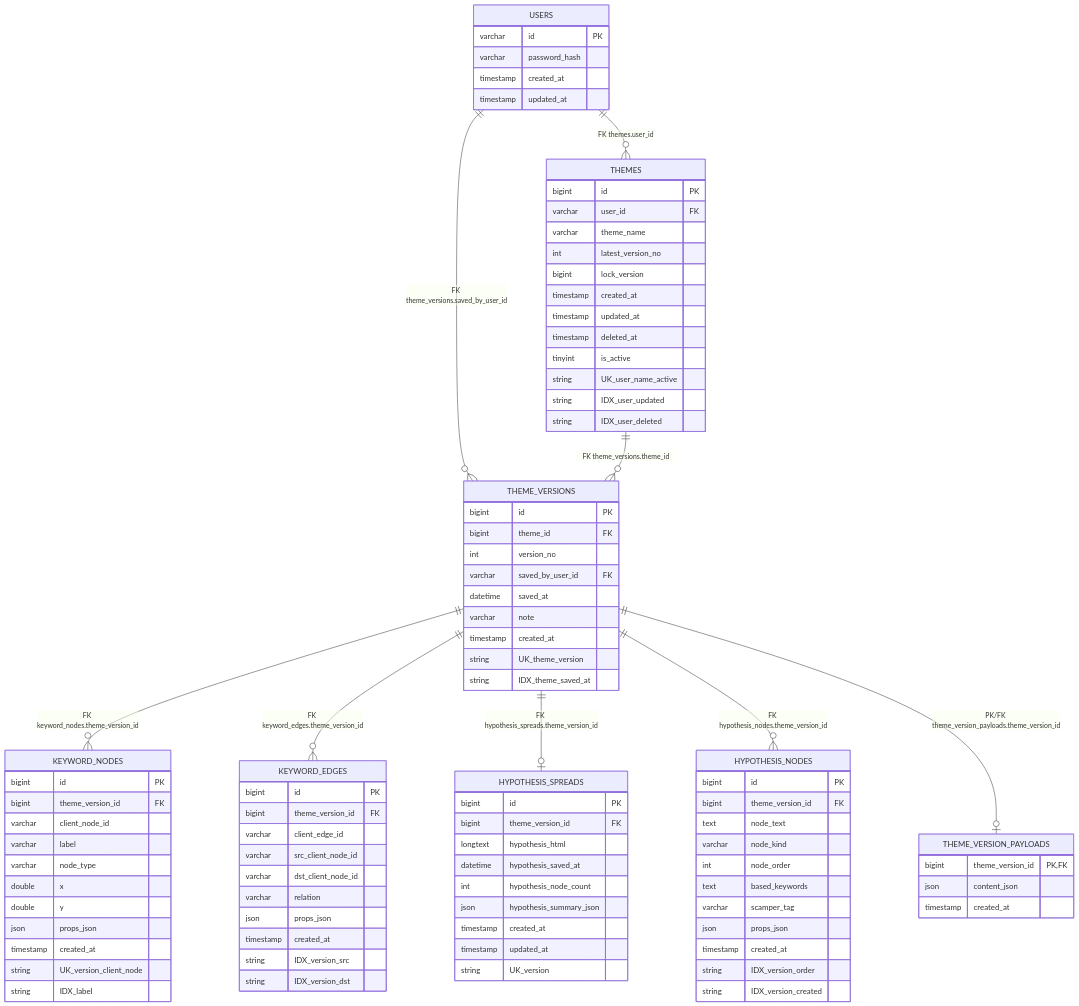
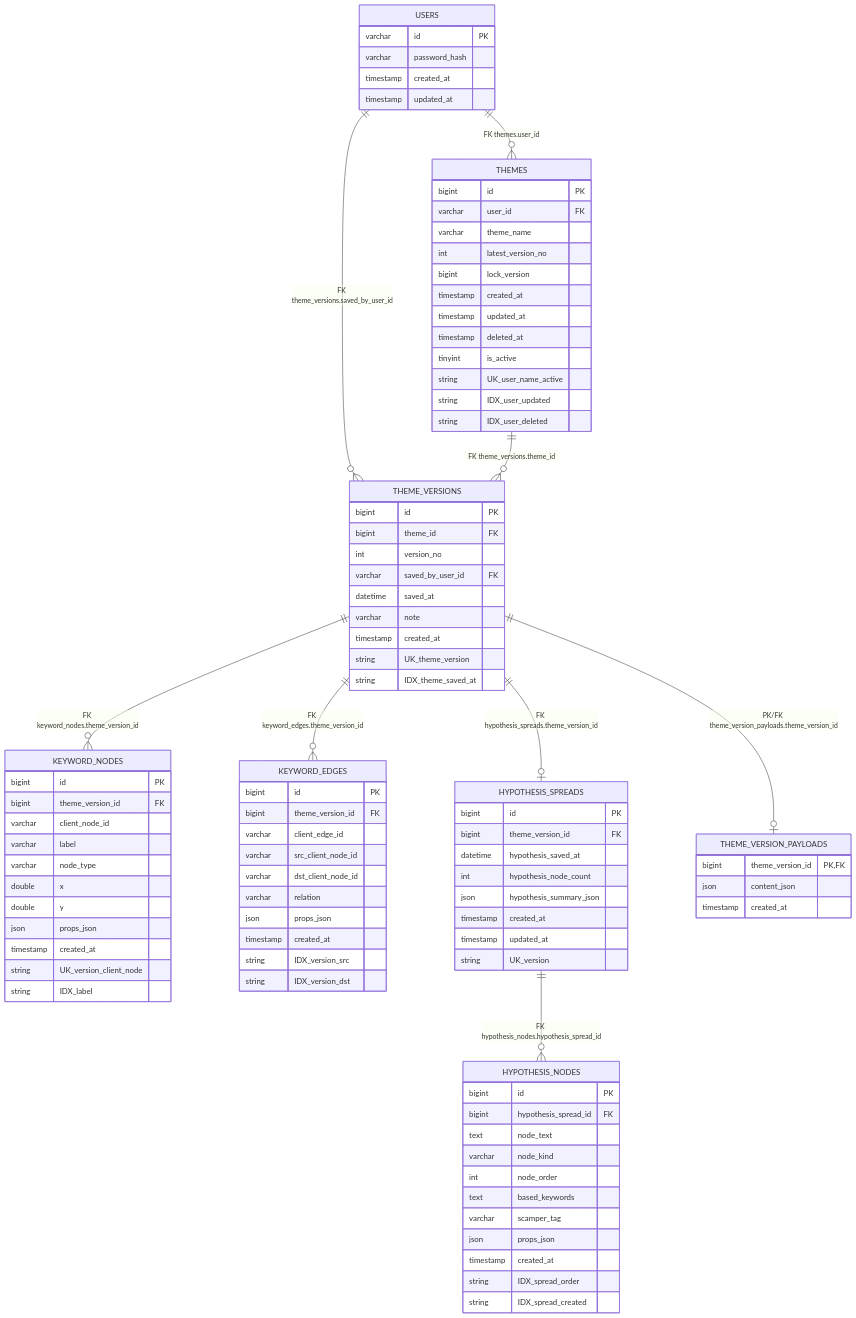
Before and after one commit to Yusei-Tanaka/MyProject: the second of 2 diagrams in docs/db-redesign-v2.md, drawn with Mermaid. The commit also changed other lines of this file and 14 other files, not shown here.

```diff
--- a/docs/db-redesign-v2.md
+++ b/docs/db-redesign-v2.md
@@ -314,7 +312,7 @@
     THEME_VERSIONS ||--o{ KEYWORD_NODES : "FK keyword_nodes.theme_version_id"
     THEME_VERSIONS ||--o{ KEYWORD_EDGES : "FK keyword_edges.theme_version_id"
     THEME_VERSIONS ||--o| HYPOTHESIS_SPREADS : "FK hypothesis_spreads.theme_version_id"
-    THEME_VERSIONS ||--o{ HYPOTHESIS_NODES : "FK hypothesis_nodes.theme_version_id"
+    HYPOTHESIS_SPREADS ||--o{ HYPOTHESIS_NODES : "FK hypothesis_nodes.hypothesis_spread_id"
     THEME_VERSIONS ||--o| THEME_VERSION_PAYLOADS : "PK/FK theme_version_payloads.theme_version_id"
 
     USERS {
@@ -381,7 +379,6 @@
     HYPOTHESIS_SPREADS {
       bigint id PK
       bigint theme_version_id FK
-      longtext hypothesis_html
       datetime hypothesis_saved_at
       int hypothesis_node_count
       json hypothesis_summary_json
@@ -392,7 +389,7 @@
 
     HYPOTHESIS_NODES {
       bigint id PK
-      bigint theme_version_id FK
+      bigint hypothesis_spread_id FK
       text node_text
       varchar node_kind
       int node_order
@@ -400,8 +397,8 @@
       varchar scamper_tag
       json props_json
       timestamp created_at
-      string IDX_version_order
-      string IDX_version_created
+      string IDX_spread_order
+      string IDX_spread_created
     }
 
     THEME_VERSION_PAYLOADS {
```
